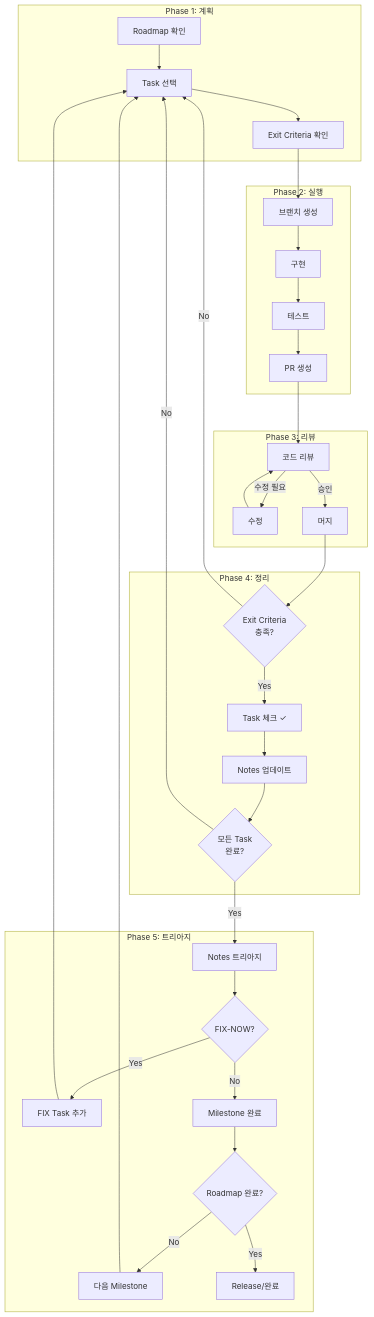
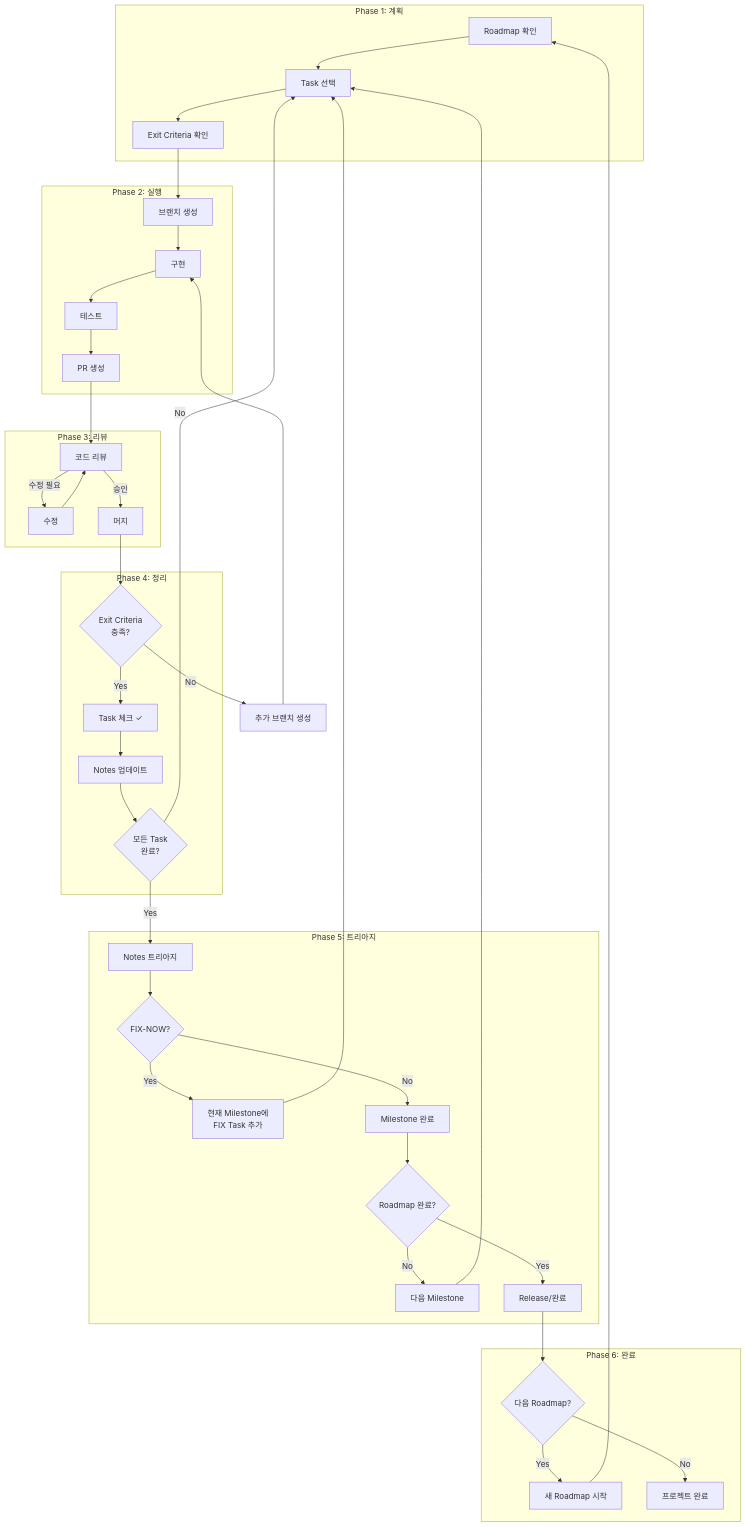
Before and after one commit to cagojeiger/code-hub: the second of 8 diagrams in docs/workflow.md, drawn with Mermaid. The commit also changed other lines of this file and 1 other file, not shown here.

````diff
--- a/docs/workflow.md
+++ b/docs/workflow.md
@@ -51,56 +51,65 @@
 ```mermaid
 flowchart TB
     subgraph Phase1["Phase 1: 계획"]
         ROADMAP_CHECK[Roadmap 확인]
         TASK_SELECT[Task 선택]
         EXIT_CONFIRM[Exit Criteria 확인]
     end
 
     subgraph Phase2["Phase 2: 실행"]
         BRANCH[브랜치 생성]
         IMPL[구현]
         TEST[테스트]
         PR_CREATE[PR 생성]
     end
 
     subgraph Phase3["Phase 3: 리뷰"]
         REVIEW[코드 리뷰]
         FIX[수정]
         MERGE[머지]
     end
 
     subgraph Phase4["Phase 4: 정리"]
         EXIT_MET{Exit Criteria<br/>충족?}
         TASK_CHECK[Task 체크 ✓]
         NOTES_UPDATE[Notes 업데이트]
         ALL_DONE{모든 Task<br/>완료?}
     end
 
     subgraph Phase5["Phase 5: 트리아지"]
         TRIAGE[Notes 트리아지]
         FIX_NOW{FIX-NOW?}
-        FIX_TASK[FIX Task 추가]
+        FIX_TASK[현재 Milestone에<br/>FIX Task 추가]
         MS_DONE[Milestone 완료]
         ROADMAP_DONE{Roadmap 완료?}
         NEXT_MS[다음 Milestone]
         RELEASE[Release/완료]
     end
 
     ROADMAP_CHECK --> TASK_SELECT --> EXIT_CONFIRM --> BRANCH
     BRANCH --> IMPL --> TEST --> PR_CREATE --> REVIEW
     REVIEW -->|수정 필요| FIX --> REVIEW
     REVIEW -->|승인| MERGE
 
     MERGE --> EXIT_MET
-    EXIT_MET -->|No| TASK_SELECT
+    EXIT_MET -->|No| NEW_BRANCH[추가 브랜치 생성]
+    NEW_BRANCH --> IMPL
     EXIT_MET -->|Yes| TASK_CHECK --> NOTES_UPDATE --> ALL_DONE
 
     ALL_DONE -->|No| TASK_SELECT
     ALL_DONE -->|Yes| TRIAGE
 
     TRIAGE --> FIX_NOW
     FIX_NOW -->|Yes| FIX_TASK --> TASK_SELECT
     FIX_NOW -->|No| MS_DONE --> ROADMAP_DONE
     ROADMAP_DONE -->|No| NEXT_MS --> TASK_SELECT
     ROADMAP_DONE -->|Yes| RELEASE
+
+    subgraph Phase6["Phase 6: 완료"]
+        RELEASE --> NEXT_ROADMAP{다음 Roadmap?}
+        NEXT_ROADMAP -->|Yes| NEW_ROADMAP[새 Roadmap 시작]
+        NEXT_ROADMAP -->|No| PROJECT_DONE[프로젝트 완료]
+    end
+
+    NEW_ROADMAP --> ROADMAP_CHECK
 ```
````
